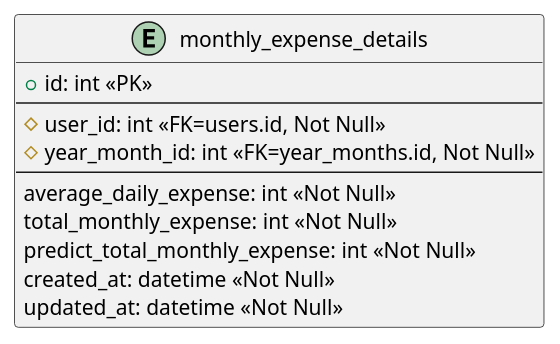
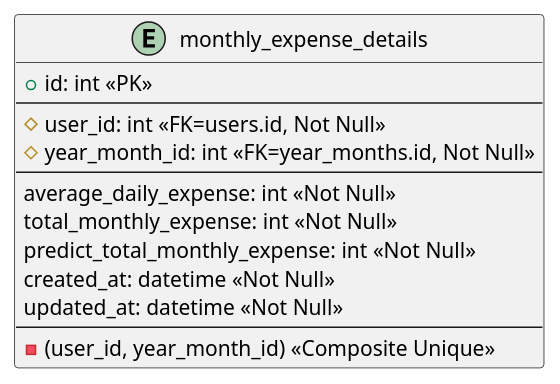
One commit to ZoveRKI/BookKeeping changed the diagram in Plantuml/tables/monthly_expense_details.puml. Above: the diagram before and after it, drawn with PlantUML. The commit also changed 1 other file, not shown here.

Commit message:
fix: plantuml monthly_expense_details

```diff
--- a/Plantuml/tables/monthly_expense_details.puml
+++ b/Plantuml/tables/monthly_expense_details.puml
@@ -1,16 +1,18 @@
 @startuml monthly_expense_details
 
 entity "monthly_expense_details" as monthly_expense_details {
     + id: int <<PK>>
     --
     # user_id: int <<FK=users.id, Not Null>>
     # year_month_id: int <<FK=year_months.id, Not Null>>
     --
     average_daily_expense: int <<Not Null>>
     total_monthly_expense: int <<Not Null>>
     predict_total_monthly_expense: int <<Not Null>>
     created_at: datetime <<Not Null>>
     updated_at: datetime <<Not Null>>
+    --
+    - (user_id, year_month_id) <<Composite Unique>>
 }
 
 @enduml
```
